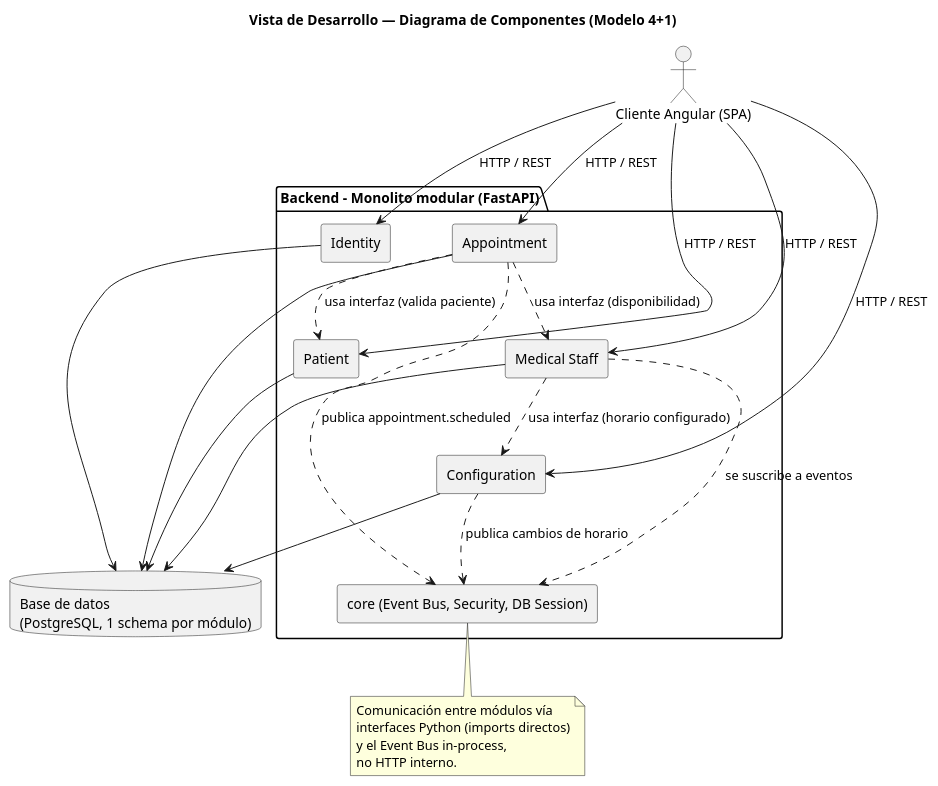
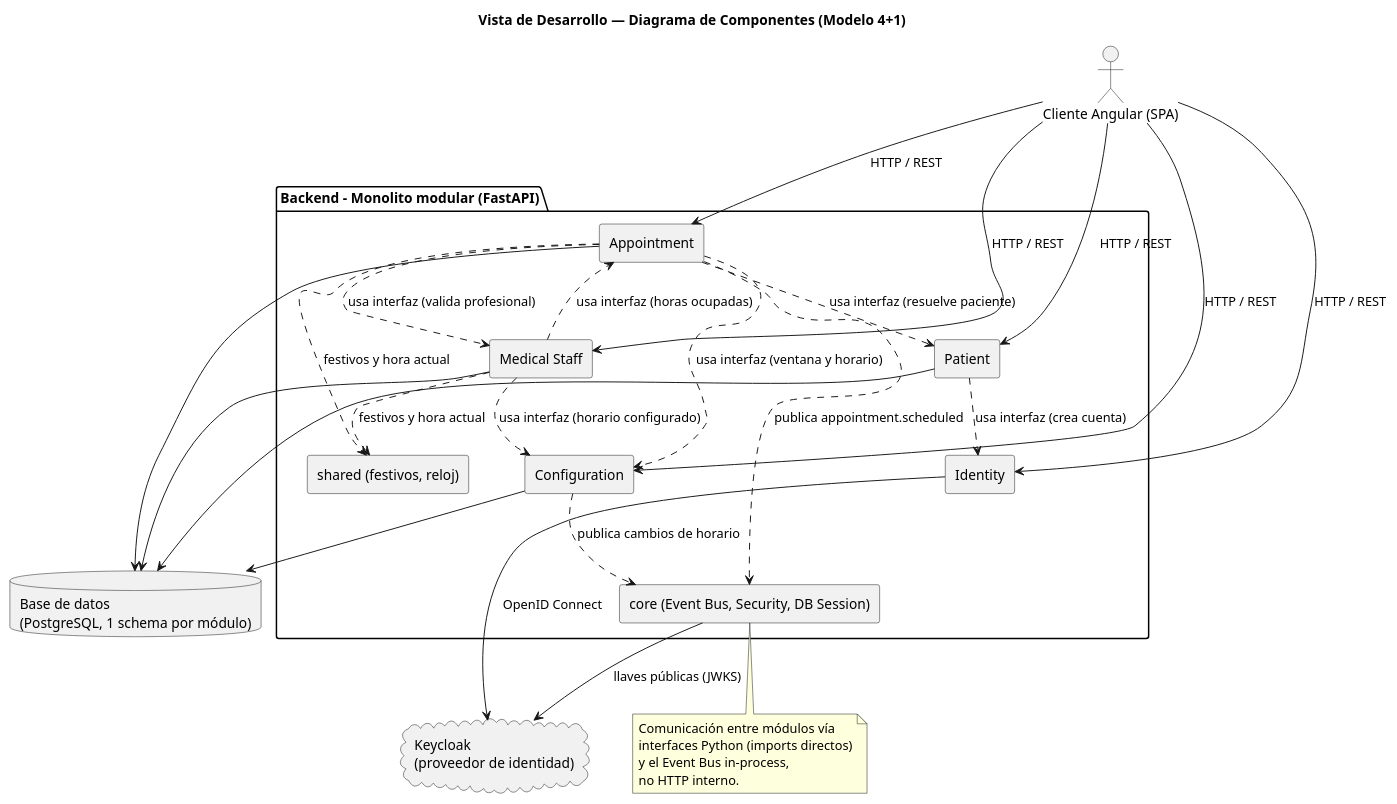
One commit to SantiagoGutierrez11/piedrazul-monolitic changed the diagram in docs/architecture/actividad4-vista-desarrollo.puml. Above: the diagram before and after it, drawn with PlantUML. The commit also changed 8 other files, not shown here.

Commit message:
Update architecture diagrams for authentication and scheduling

```diff
--- a/docs/architecture/actividad4-vista-desarrollo.puml
+++ b/docs/architecture/actividad4-vista-desarrollo.puml
@@ -1,45 +1,53 @@
 @startuml ComponentesPiedrazul
 title Vista de Desarrollo — Diagrama de Componentes (Modelo 4+1)
 skinparam componentStyle rectangle
 
 actor "Cliente Angular (SPA)" as Cliente
 
 package "Backend - Monolito modular (FastAPI)" {
   [Appointment] as Appointment
   [Medical Staff] as MedicalStaff
   [Configuration] as Configuration
   [Patient] as Patient
   [Identity] as Identity
   [core (Event Bus, Security, DB Session)] as Core
+  [shared (festivos, reloj)] as Shared
 }
+
+cloud "Keycloak\n(proveedor de identidad)" as Keycloak
 
 database "Base de datos\n(PostgreSQL, 1 schema por módulo)" as BD
 
 Cliente --> Appointment : HTTP / REST
 Cliente --> Patient : HTTP / REST
 Cliente --> Identity : HTTP / REST
 Cliente --> Configuration : HTTP / REST
 Cliente --> MedicalStaff : HTTP / REST
 
-Appointment ..> MedicalStaff : usa interfaz (disponibilidad)
-Appointment ..> Patient : usa interfaz (valida paciente)
+Appointment ..> MedicalStaff : usa interfaz (valida profesional)
+Appointment ..> Patient : usa interfaz (resuelve paciente)
+Appointment ..> Configuration : usa interfaz (ventana y horario)
 MedicalStaff ..> Configuration : usa interfaz (horario configurado)
+MedicalStaff ..> Appointment : usa interfaz (horas ocupadas)
+Patient ..> Identity : usa interfaz (crea cuenta)
+Appointment ..> Shared : festivos y hora actual
+MedicalStaff ..> Shared : festivos y hora actual
 
 Appointment ..> Core : publica appointment.scheduled
 Configuration ..> Core : publica cambios de horario
-MedicalStaff ..> Core : se suscribe a eventos
+Identity --> Keycloak : OpenID Connect
+Core --> Keycloak : llaves públicas (JWKS)
 
 Appointment --> BD
 MedicalStaff --> BD
 Configuration --> BD
 Patient --> BD
-Identity --> BD
 
 note bottom of Core
   Comunicación entre módulos vía
   interfaces Python (imports directos)
   y el Event Bus in-process,
   no HTTP interno.
 end note
 
 @enduml
```
